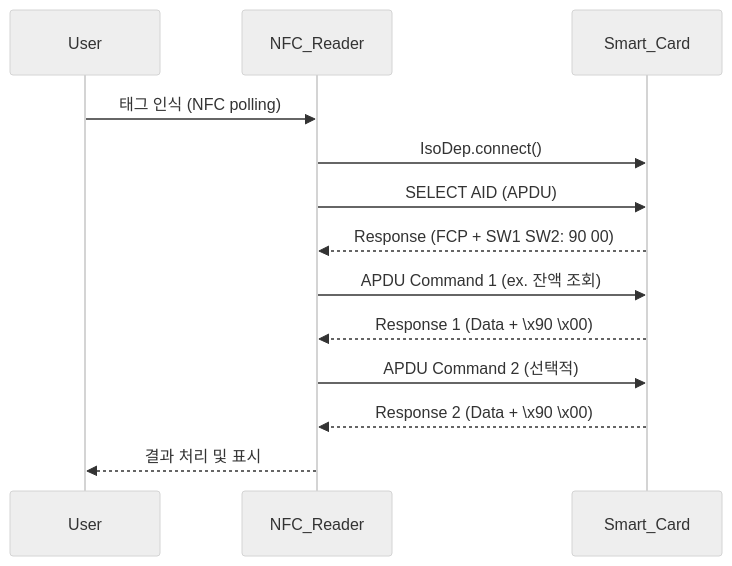
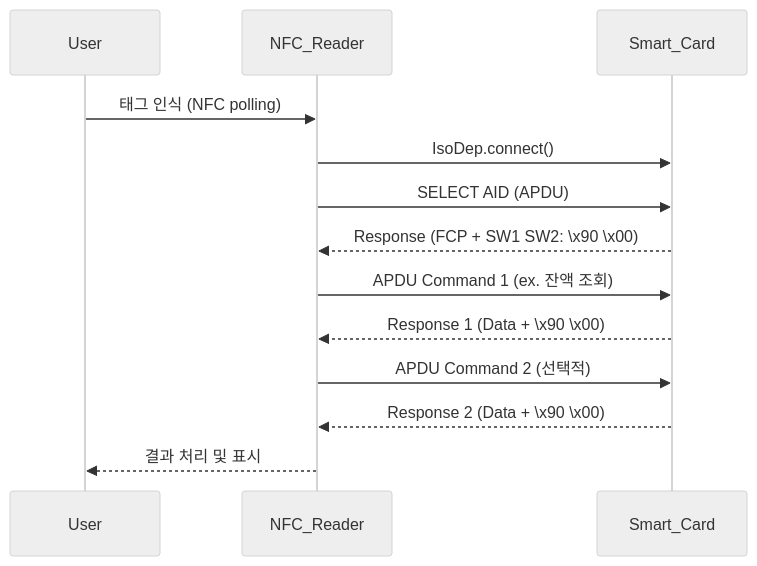
The diagram in _posts/2025-06-20-NFC-.md (croot-dev/croot.kr), drawn with Mermaid (neutral theme) before and after one commit. The commit also changed other lines of this file and 10 other files, not shown here.

````diff
--- a/_posts/2025-06-20-NFC-.md
+++ b/_posts/2025-06-20-NFC-.md
@@ -116,20 +116,20 @@
 ```mermaid
 sequenceDiagram
     participant User
     participant NFC_Reader
     participant Smart_Card
 
     User->>NFC_Reader: 태그 인식 (NFC polling)
     NFC_Reader->>Smart_Card: IsoDep.connect()
     NFC_Reader->>Smart_Card: SELECT AID (APDU)
-    Smart_Card-->>NFC_Reader: Response (FCP + SW1 SW2: 90 00)
+    Smart_Card-->>NFC_Reader: Response (FCP + SW1 SW2: \x90 \x00)
 
     NFC_Reader->>Smart_Card: APDU Command 1 (ex. 잔액 조회)
     Smart_Card-->>NFC_Reader: Response 1 (Data + \x90 \x00)
 
     NFC_Reader->>Smart_Card: APDU Command 2 (선택적)
     Smart_Card-->>NFC_Reader: Response 2 (Data + \x90 \x00)
 
     NFC_Reader-->>User: 결과 처리 및 표시
 
 ```
````
